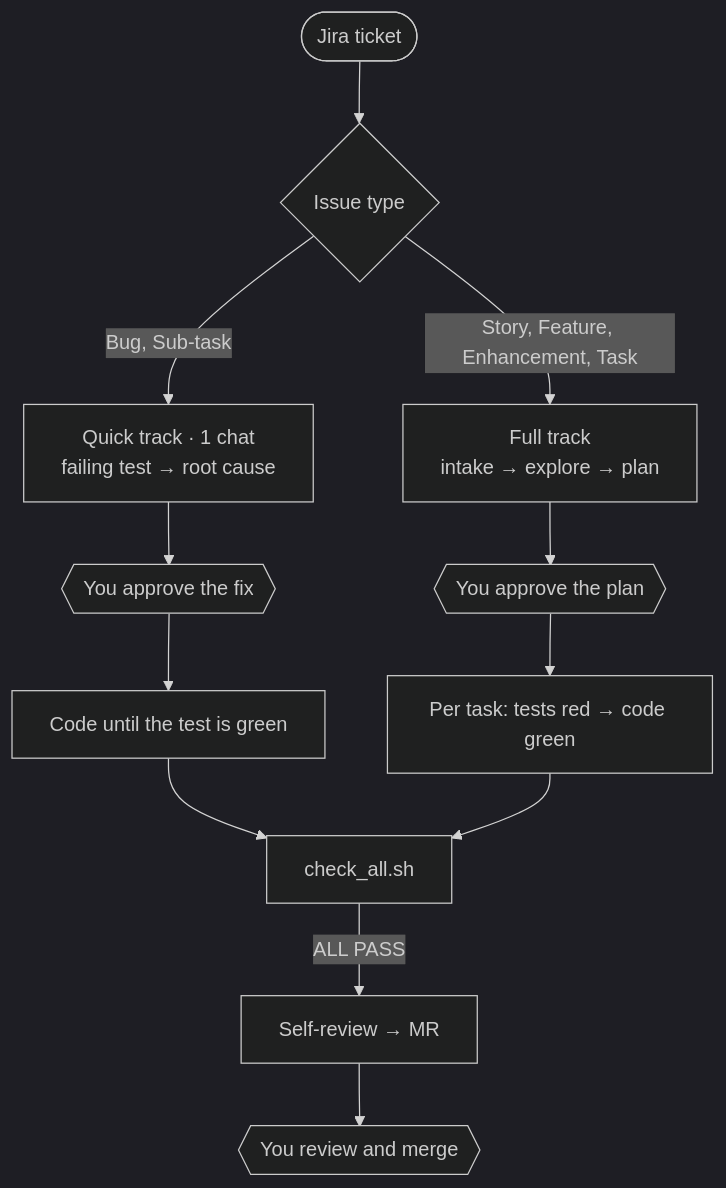
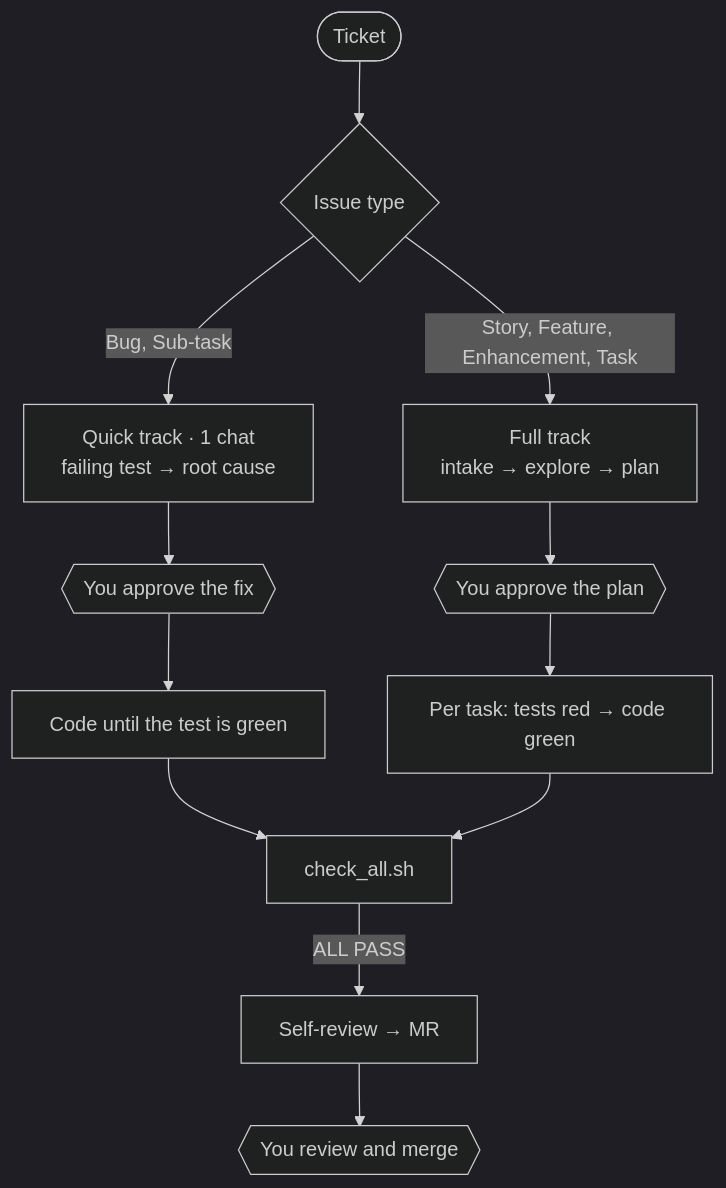
One commit to aniketshukla1/sdlc-kit changed the diagram in README.md. Above: the diagram before and after it, drawn with Mermaid (dark theme). The commit also changed other lines of this file and 15 other files, not shown here.

````diff
--- a/README.md
+++ b/README.md
@@ -68,14 +69,14 @@
 ```mermaid
 flowchart TD
-    T([Jira ticket]) --> K{Issue type}
+    T([Ticket]) --> K{Issue type}
     K -->|"Bug, Sub-task"| Q["Quick track · 1 chat<br/>failing test → root cause"]
     K -->|"Story, Feature, Enhancement, Task"| F["Full track<br/>intake → explore → plan"]
     Q --> A1{{You approve the fix}}
     F --> A2{{You approve the plan}}
     A1 --> R["Code until the test is green"]
     A2 --> B["Per task: tests red → code green"]
     R --> C["check_all.sh"]
     B --> C
     C -->|ALL PASS| M["Self-review → MR"]
     M --> Y{{You review and merge}}
 ```
````
